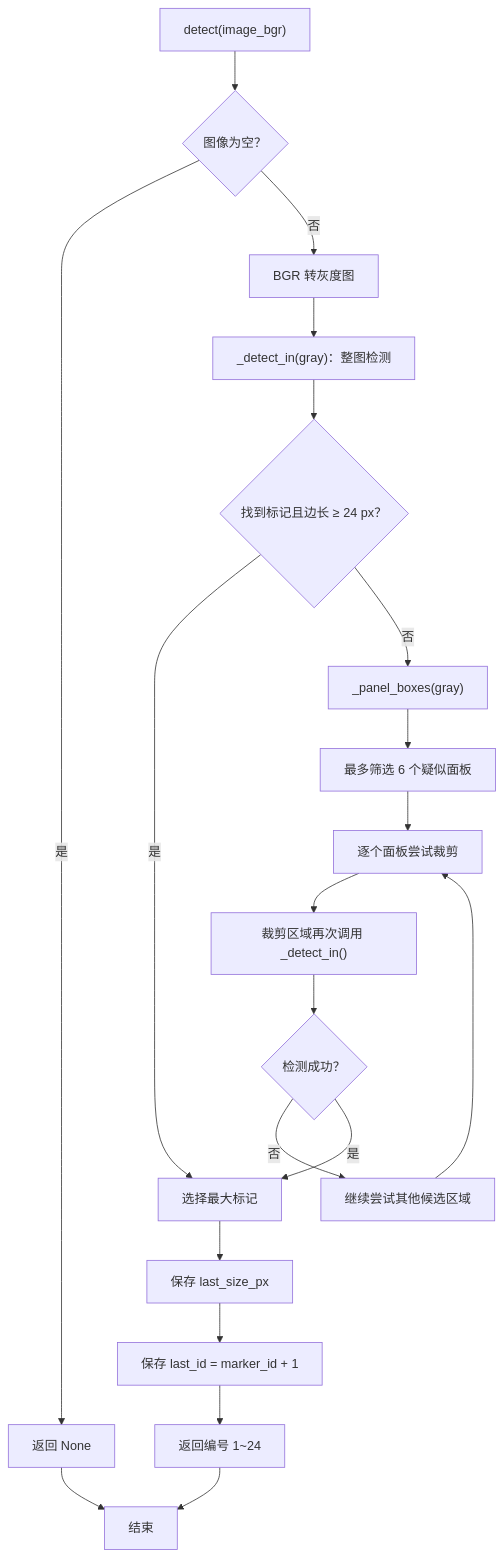
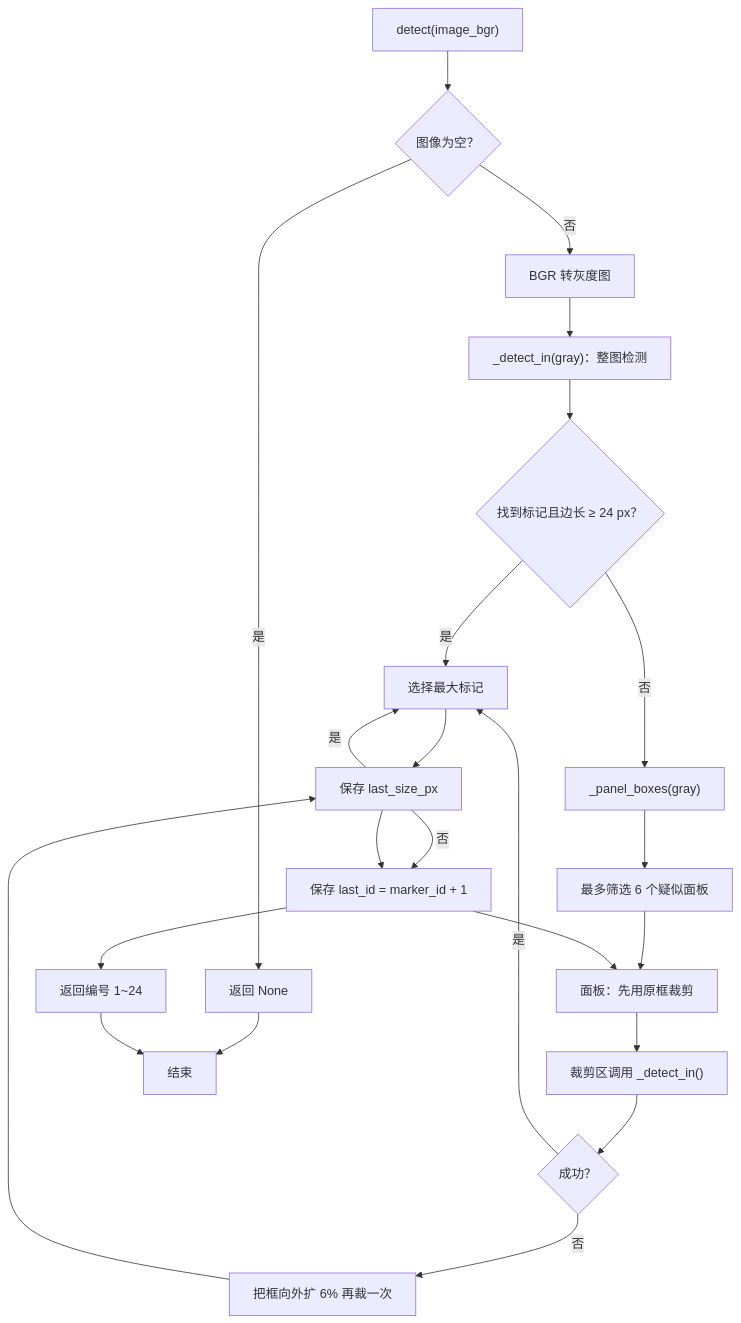
One commit to VoVL773/VoVL773.github.io changed the fourth of 5 diagrams in _posts/2026-10-13-ican-Opencv.md. Above: the diagram before and after it, drawn with Mermaid. The commit also changed other lines of this file, not shown here.

````diff
--- a/_posts/2026-10-13-ican-Opencv.md
+++ b/_posts/2026-10-13-ican-Opencv.md
@@ -236,24 +241,27 @@
 ```mermaid
 
 flowchart TD
     A["detect(image_bgr)"] --> B{"图像为空？"}
     B -- 是 --> C["返回 None"]
     B -- 否 --> D["BGR 转灰度图"]
     D --> E["_detect_in(gray)：整图检测"]
     E --> F{"找到标记且边长 ≥ 24 px？"}
     F -- 是 --> G["选择最大标记"]
     F -- 否 --> H["_panel_boxes(gray)"]
     H --> I["最多筛选 6 个疑似面板"]
-    I --> J["逐个面板尝试裁剪"]
-    J --> K["裁剪区域再次调用 _detect_in()"]
-    K --> L{"检测成功？"}
-    L -- 否 --> M["继续尝试其他候选区域"]
-    M --> J
+    I --> J["面板：先用原框裁剪"]
+    J --> K["裁剪区调用 _detect_in()"]
+    K --> L{"成功？"}
     L -- 是 --> G
+    L -- 否 --> M["把框向外扩 6% 再裁一次"]
+    M --> N{"成功？"}
+    N -- 是 --> G
+    N -- 否 --> O["换下一个候选面板"]
+    O --> J
     G --> N["保存 last_size_px"]
     N --> O["保存 last_id = marker_id + 1"]
     O --> P["返回编号 1~24"]
     C --> Q["结束"]
     P --> Q
 
 ```
````
